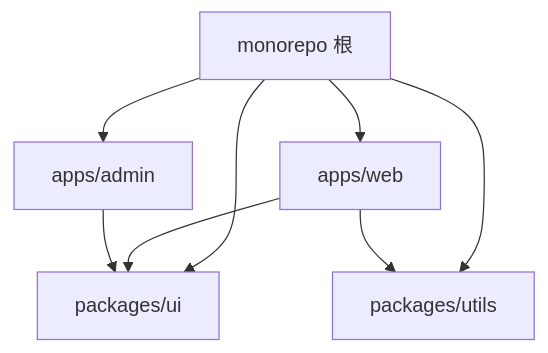
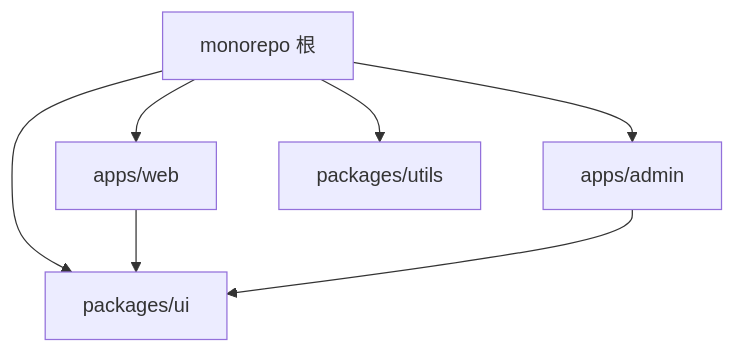
Before and after one commit to inspire-man/frontend-knowledge-base: the first of 2 diagrams in frontend-knowledge-base/卷五-构建与工程化/5.8-Monorepo与CICD.md, drawn with Mermaid. The commit also changed other lines of this file and 4 other files, not shown here.

````diff
--- a/frontend-knowledge-base/卷五-构建与工程化/5.8-Monorepo与CICD.md
+++ b/frontend-knowledge-base/卷五-构建与工程化/5.8-Monorepo与CICD.md
@@ -26,10 +23,9 @@
 ```mermaid
 flowchart TD
     A[monorepo 根] --> B[apps/web]
     A --> C[apps/admin]
     A --> D[packages/ui]
     A --> E[packages/utils]
     B --> D
     C --> D
-    B --> E
 ```
````
